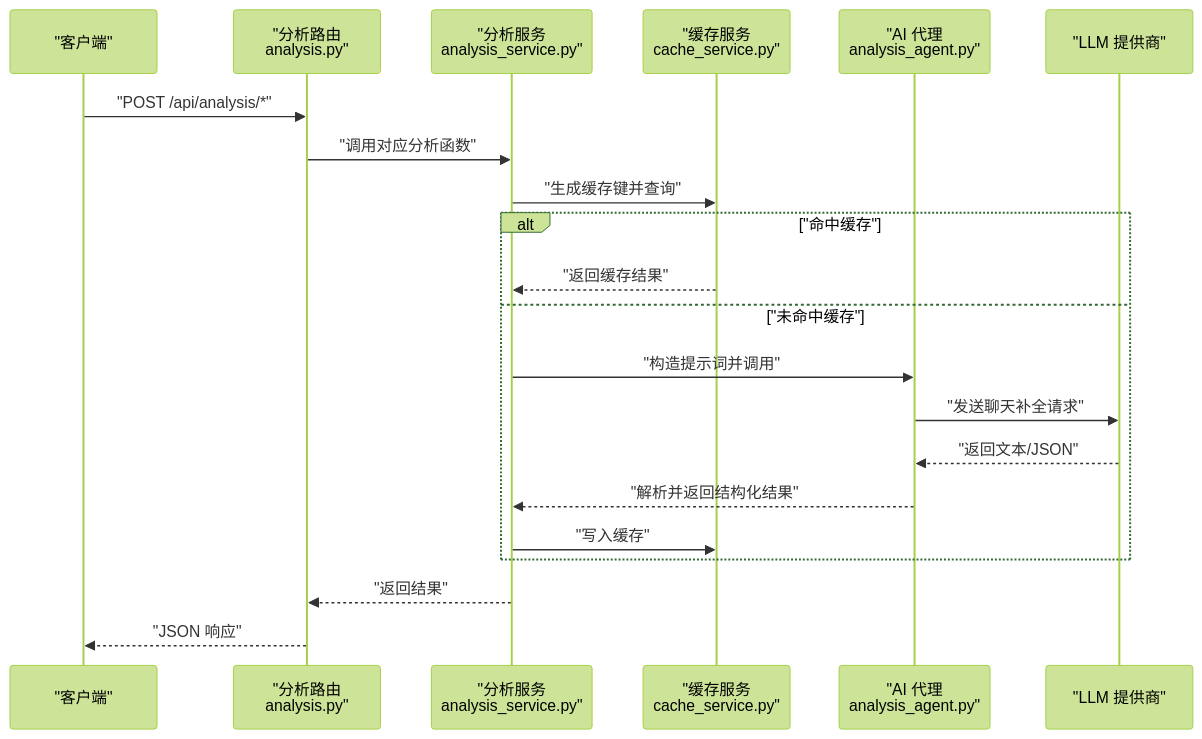
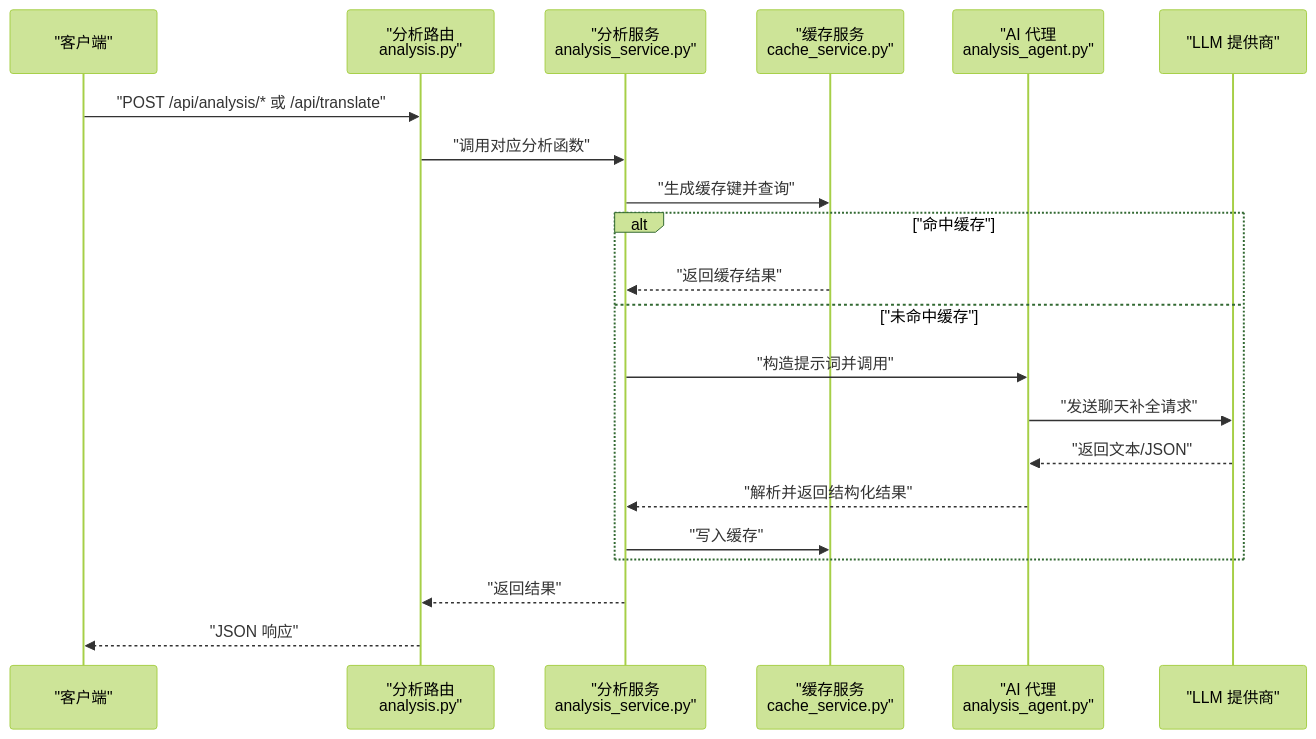
One commit to wangdy21/search_is_all_you_need changed the second of 5 diagrams in .qoder/repowiki/zh/content/API接口参考/分析API.md. Above: the diagram before and after it, drawn with Mermaid (forest theme). The commit also changed other lines of this file and 11 other files, not shown here.

````diff
--- a/.qoder/repowiki/zh/content/API接口参考/分析API.md
+++ b/.qoder/repowiki/zh/content/API接口参考/分析API.md
@@ -98,23 +99,23 @@
 ```mermaid
 sequenceDiagram
 participant Client as "客户端"
 participant Route as "分析路由<br/>analysis.py"
 participant Svc as "分析服务<br/>analysis_service.py"
 participant Cache as "缓存服务<br/>cache_service.py"
 participant Agent as "AI 代理<br/>analysis_agent.py"
 participant LLM as "LLM 提供商"
-Client->>Route : "POST /api/analysis/*"
+Client->>Route : "POST /api/analysis/* 或 /api/translate"
 Route->>Svc : "调用对应分析函数"
 Svc->>Cache : "生成缓存键并查询"
 alt "命中缓存"
 Cache-->>Svc : "返回缓存结果"
 else "未命中缓存"
 Svc->>Agent : "构造提示词并调用"
 Agent->>LLM : "发送聊天补全请求"
 LLM-->>Agent : "返回文本/JSON"
 Agent-->>Svc : "解析并返回结构化结果"
 Svc->>Cache : "写入缓存"
 end
 Svc-->>Route : "返回结果"
 Route-->>Client : "JSON 响应"
 ```
````
